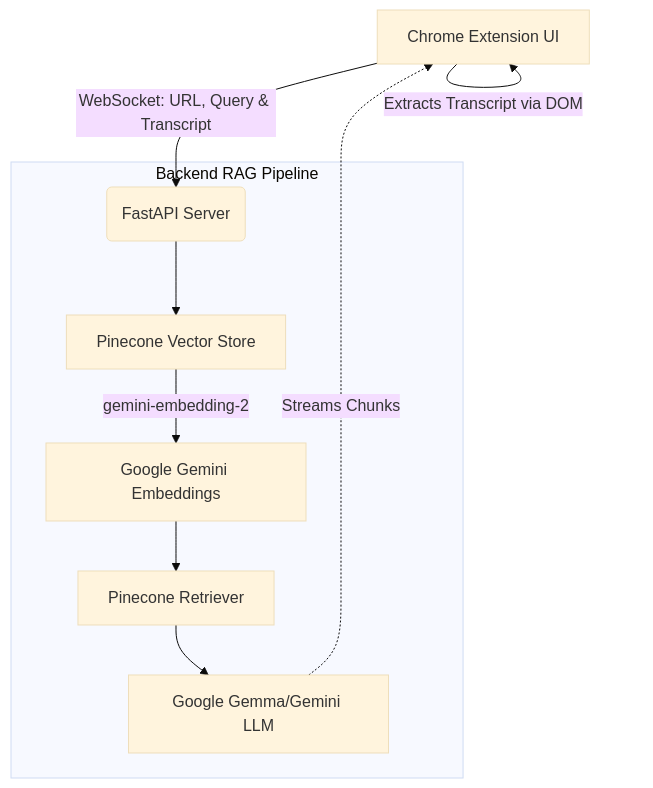
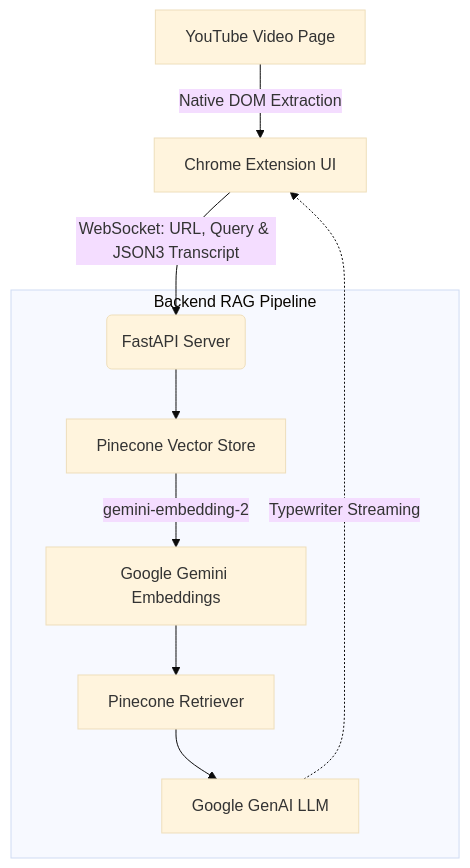
Before and after one commit to AyyanAfzal/yt_assistant_plugin: the diagram in README.md, drawn with Mermaid (base theme).

Commit message:
Fix syntax in Mermaid architecture diagram to properly display the DOM extraction flow

````diff
--- a/README.md
+++ b/README.md
@@ -44,16 +44,16 @@
 ```mermaid
 graph TD
-    A[Chrome Extension UI] -->|Extracts Transcript via DOM| A
-    A -->|WebSocket: URL, Query & Transcript| B(FastAPI Server)
+    A[YouTube Video Page] -->|Native DOM Extraction| B[Chrome Extension UI]
+    B -->|WebSocket: URL, Query & JSON3 Transcript| C(FastAPI Server)
     
     subgraph "Backend RAG Pipeline"
-        B --> F[Pinecone Vector Store]
+        C --> F[Pinecone Vector Store]
         
         F -->|gemini-embedding-2| G[Google Gemini Embeddings]
         G --> H[Pinecone Retriever]
         
-        H --> J[Google Gemma/Gemini LLM]
+        H --> J[Google GenAI LLM]
     end
     
-    J -.->|Streams Chunks| A
+    J -.->|Typewriter Streaming| B
 ```
````
